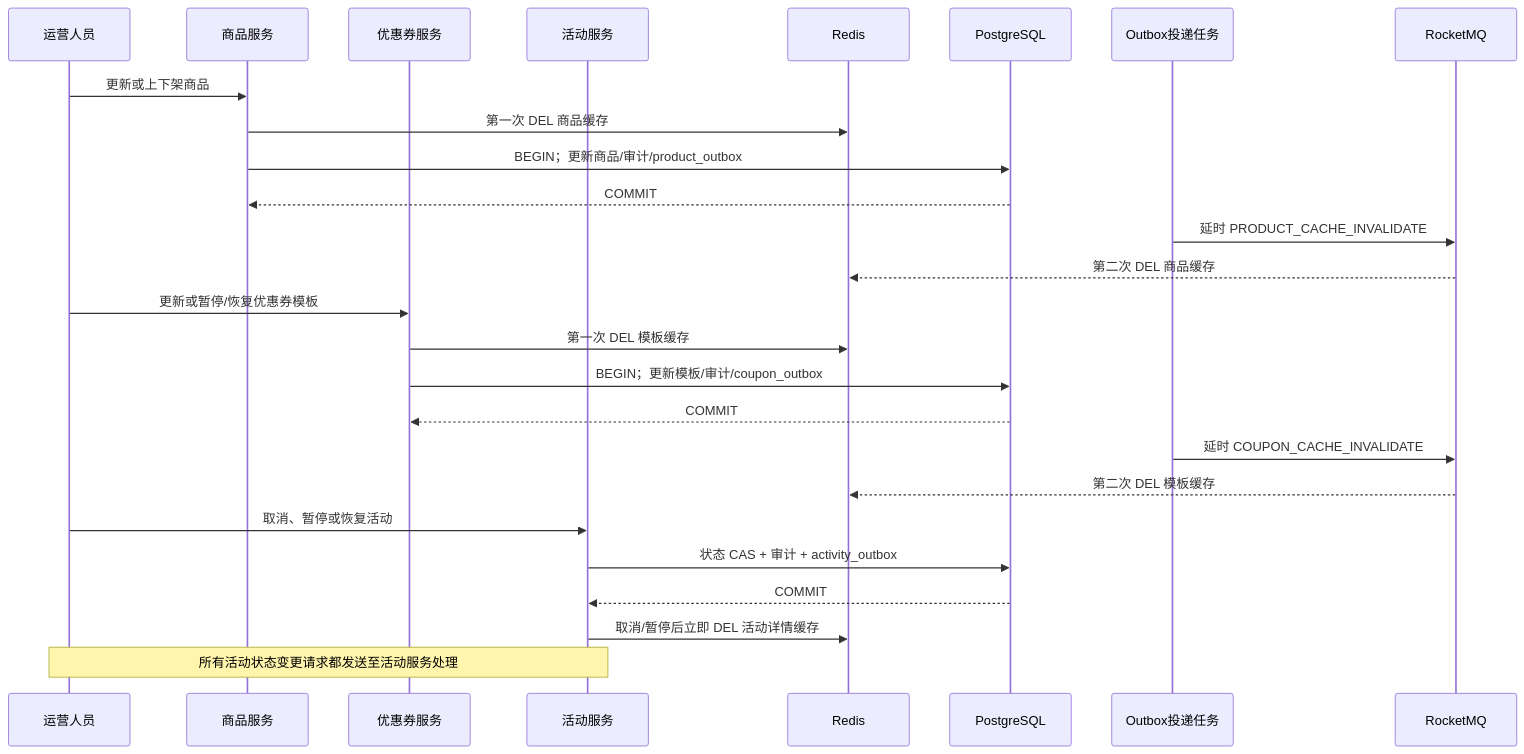
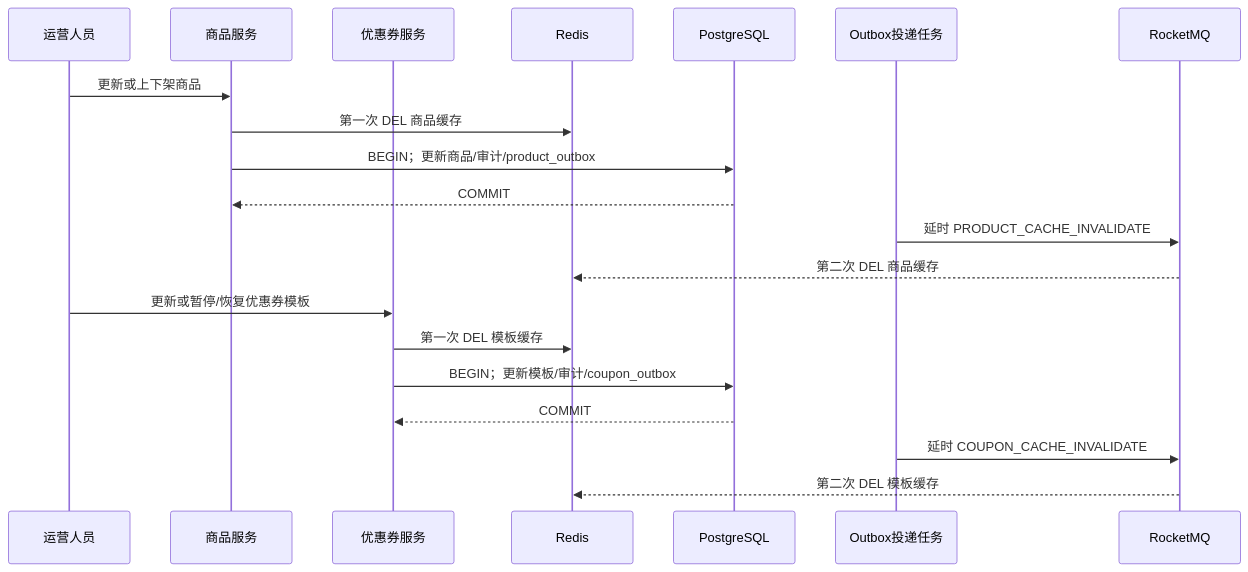
One commit to NyaRu-Kiss/FlashSale changed the third of 12 diagrams in docs/sequence-design.md. Above: the diagram before and after it, drawn with Mermaid. The commit also changed other lines of this file and 4 other files, not shown here.

````diff
--- a/docs/sequence-design.md
+++ b/docs/sequence-design.md
@@ -81,31 +81,25 @@
 ```mermaid
 sequenceDiagram
     participant Operator as 运营人员
     participant Product as 商品服务
     participant Coupon as 优惠券服务
-    participant Activity as 活动服务
     participant Redis as Redis
     participant DB as PostgreSQL
     participant Timer as Outbox投递任务
     participant MQ as RocketMQ
 
     Operator->>Product: 更新或上下架商品
     Product->>Redis: 第一次 DEL 商品缓存
     Product->>DB: BEGIN；更新商品/审计/product_outbox
     DB-->>Product: COMMIT
     Timer->>MQ: 延时 PRODUCT_CACHE_INVALIDATE
     MQ-->>Redis: 第二次 DEL 商品缓存
 
     Operator->>Coupon: 更新或暂停/恢复优惠券模板
     Coupon->>Redis: 第一次 DEL 模板缓存
     Coupon->>DB: BEGIN；更新模板/审计/coupon_outbox
     DB-->>Coupon: COMMIT
     Timer->>MQ: 延时 COUPON_CACHE_INVALIDATE
     MQ-->>Redis: 第二次 DEL 模板缓存
 
-    Operator->>Activity: 取消、暂停或恢复活动
-    Activity->>DB: 状态 CAS + 审计 + activity_outbox
-    DB-->>Activity: COMMIT
-    Activity->>Redis: 取消/暂停后立即 DEL 活动详情缓存
-    Note over Operator,Activity: 所有活动状态变更请求都发送至活动服务处理
 ```
````
